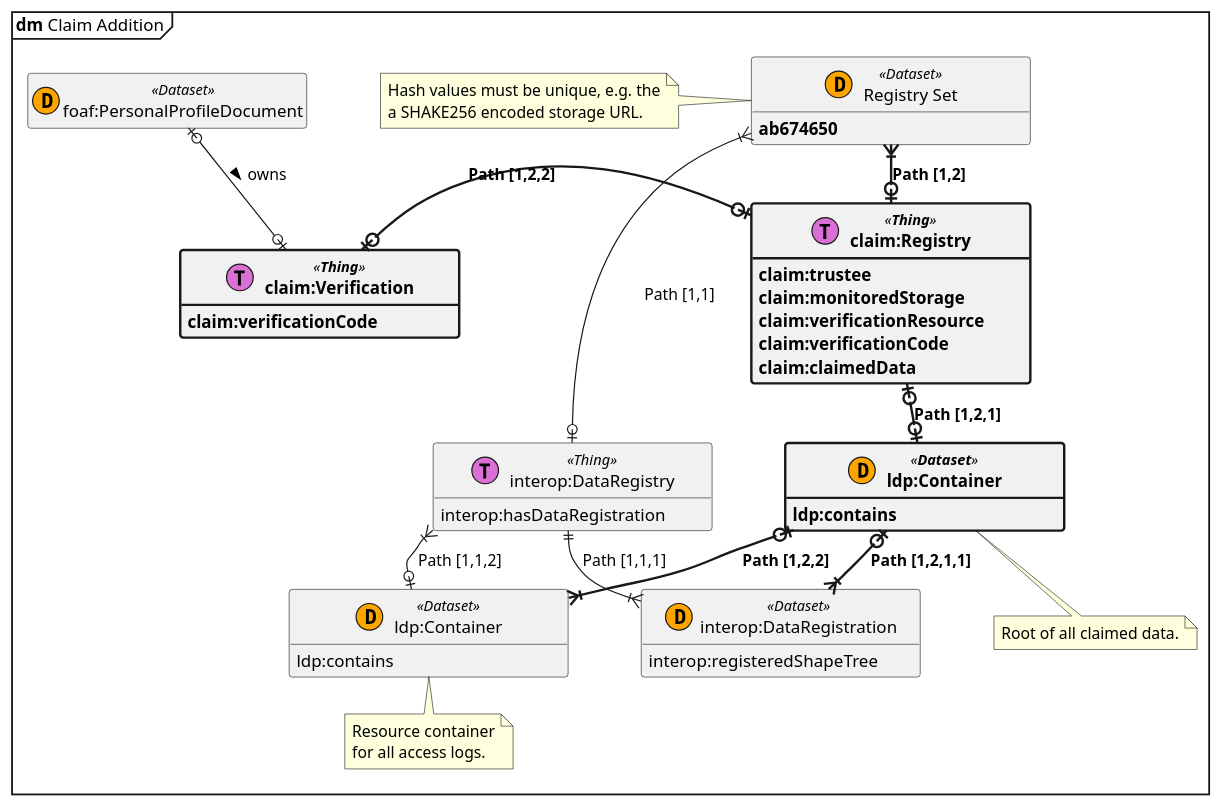
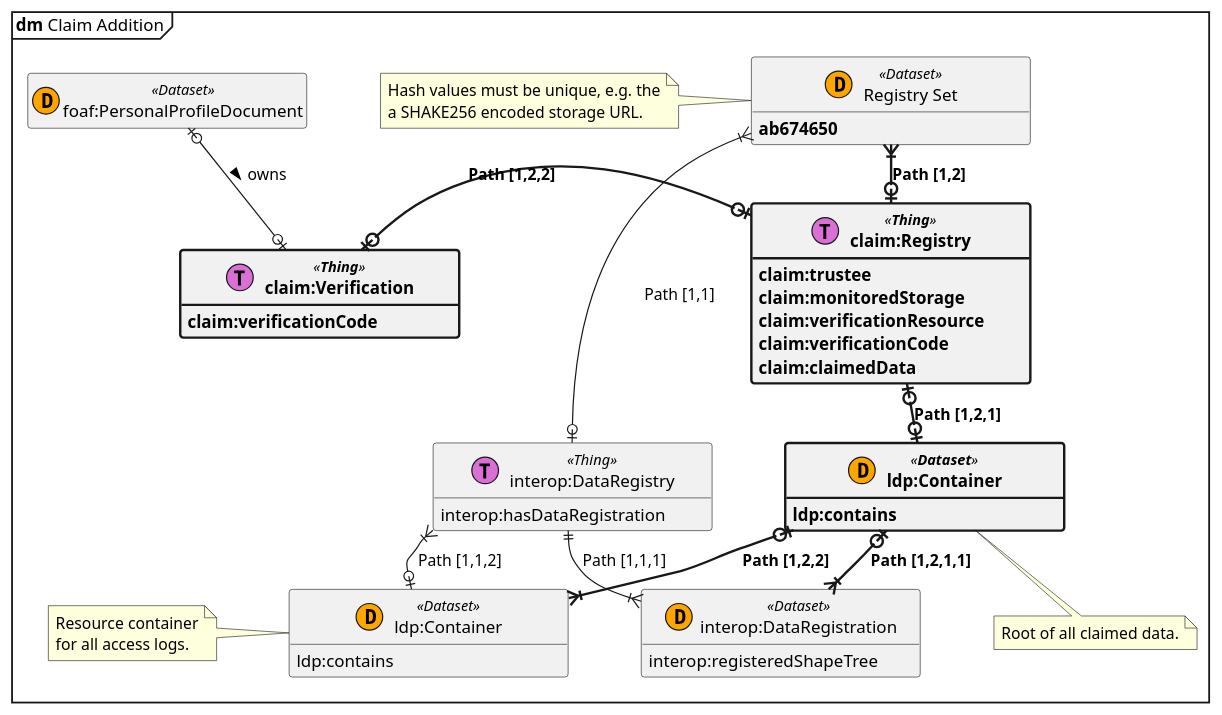
Before and after one commit to guddii/SEACT: the diagram in docs/resources/diagrams/dm_Claim.puml, drawn with PlantUML. The commit also changed 6 other files, not shown here.

```diff
--- a/docs/resources/diagrams/dm_Claim.puml
+++ b/docs/resources/diagrams/dm_Claim.puml
@@ -1,52 +1,52 @@
 @startuml
 top to bottom direction
 hide empty members
 skinparam nodesep 60
 skinparam ranksep 30
 skinparam SameClassWidth true
 
 mainframe **dm** Claim Addition
 
 entity  "foaf:PersonalProfileDocument" as WebID_Client << (D,orange) Dataset >> {
 }
 entity "**claim:Verification**" as Verification << (T,orchid) **Thing** >> #line.bold  {
     **claim:verificationCode**
 }
 
 entity "Registry Set" as RegistrySet << (D,orange) Dataset >> {
     **ab674650**
 }
 note left: Hash values must be unique, e.g. the\na SHAKE256 encoded storage URL.
 entity "interop:DataRegistry" as DataRegistry << (T,orchid) Thing >> {
     interop:hasDataRegistration
 }
 entity "**claim:Registry**" as ClaimRegistry << (T,orchid) **Thing** >> #line.bold {
     **claim:trustee**
     **claim:monitoredStorage**
     **claim:verificationResource**
     **claim:verificationCode**
     **claim:claimedData**
 }
 entity "**ldp:Container**" as Container1 << (D,orange) **Dataset** >> #line.bold {
    **ldp:contains**
 }
 note bottom: Root of all claimed data.
 entity "interop:DataRegistration" as DataRegistration << (D,orange) Dataset >> {
     interop:registeredShapeTree
 }
 entity "ldp:Container" as Container2 << (D,orange) Dataset >> {
     ldp:contains
 }
-note bottom: Resource container\nfor all access logs.
+note left: Resource container\nfor all access logs.
 
 WebID_Client    |o-down-o|          Verification                : > owns
 RegistrySet     }|-down-o|          DataRegistry                : Path [1,1]
 DataRegistry    ||-down-|{          DataRegistration            : Path [1,1,1]
 DataRegistry    }|-down-o|          Container2                  : Path [1,1,2]
 RegistrySet     }|-down[bold]-o|    ClaimRegistry               : **Path [1,2]**
 ClaimRegistry   |o-down[bold]-o|    Container1                  : **Path [1,2,1]**
 Container1      |o-down[bold]-|{    DataRegistration            : **Path [1,2,1,1]**
 Container1      |o-down[bold]-|{    Container2                  : **Path [1,2,2]**
 ClaimRegistry   |o-left[bold]-o|    Verification                : **Path [1,2,2]**
 
 @enduml
```
